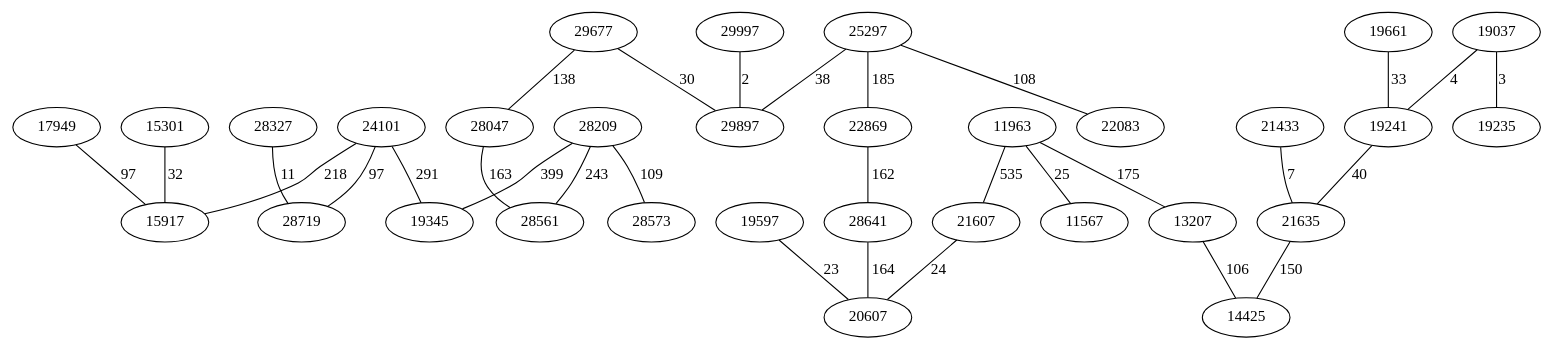
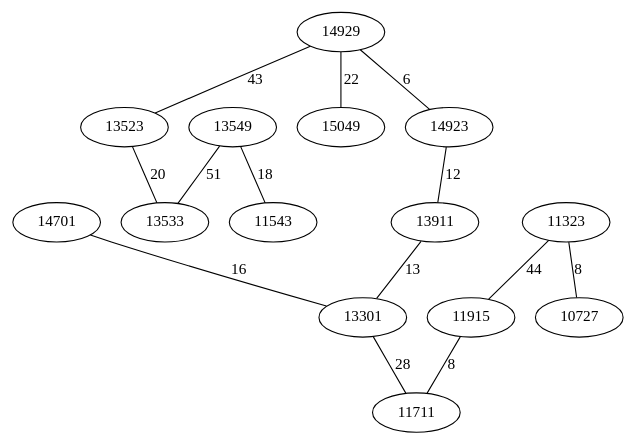
The diagram in Graph.dot (AsmNoob/Labyrinthe), drawn with Graphviz before and after one commit. The commit also changed 2 other files, not shown here.

Commit message:
[Graph] on ne travail qu'avec des positions crypt, matrice non carré accepté et plus de 99 a testé mais normalement ok

```diff
--- a/Graph.dot
+++ b/Graph.dot
@@ -1,34 +1,17 @@
 graph chemin {
 
-	28209 -- 19345 [label=399]
-	28209 -- 28573 [label=109]
-	28209 -- 28561 [label=243]
-	15301 -- 15917 [label=32]
-	11963 -- 13207 [label=175]
-	11963 -- 11567 [label=25]
-	11963 -- 21607 [label=535]
-	21433 -- 21635 [label=7]
-	29677 -- 28047 [label=138]
-	29677 -- 29897 [label=30]
-	25297 -- 22869 [label=185]
-	25297 -- 29897 [label=38]
-	25297 -- 22083 [label=108]
-	19037 -- 19235 [label=3]
-	19037 -- 19241 [label=4]
-	22869 -- 28641 [label=162]
-	29997 -- 29897 [label=2]
-	28327 -- 28719 [label=11]
-	19661 -- 19241 [label=33]
-	13207 -- 14425 [label=106]
-	19597 -- 20607 [label=23]
-	17949 -- 15917 [label=97]
-	19241 -- 21635 [label=40]
-	21635 -- 14425 [label=150]
-	24101 -- 19345 [label=291]
-	24101 -- 28719 [label=97]
-	24101 -- 15917 [label=218]
-	28047 -- 28561 [label=163]
-	21607 -- 20607 [label=24]
-	28641 -- 20607 [label=164]
+	14929 -- 13523 [label=43]
+	14929 -- 14923 [label=6]
+	14929 -- 15049 [label=22]
+	13549 -- 13533 [label=51]
+	13549 -- 11543 [label=18]
+	14701 -- 13301 [label=16]
+	14923 -- 13911 [label=12]
+	13911 -- 13301 [label=13]
+	11323 -- 11915 [label=44]
+	11323 -- 10727 [label=8]
+	13301 -- 11711 [label=28]
+	13523 -- 13533 [label=20]
+	11915 -- 11711 [label=8]
 
 }
```
